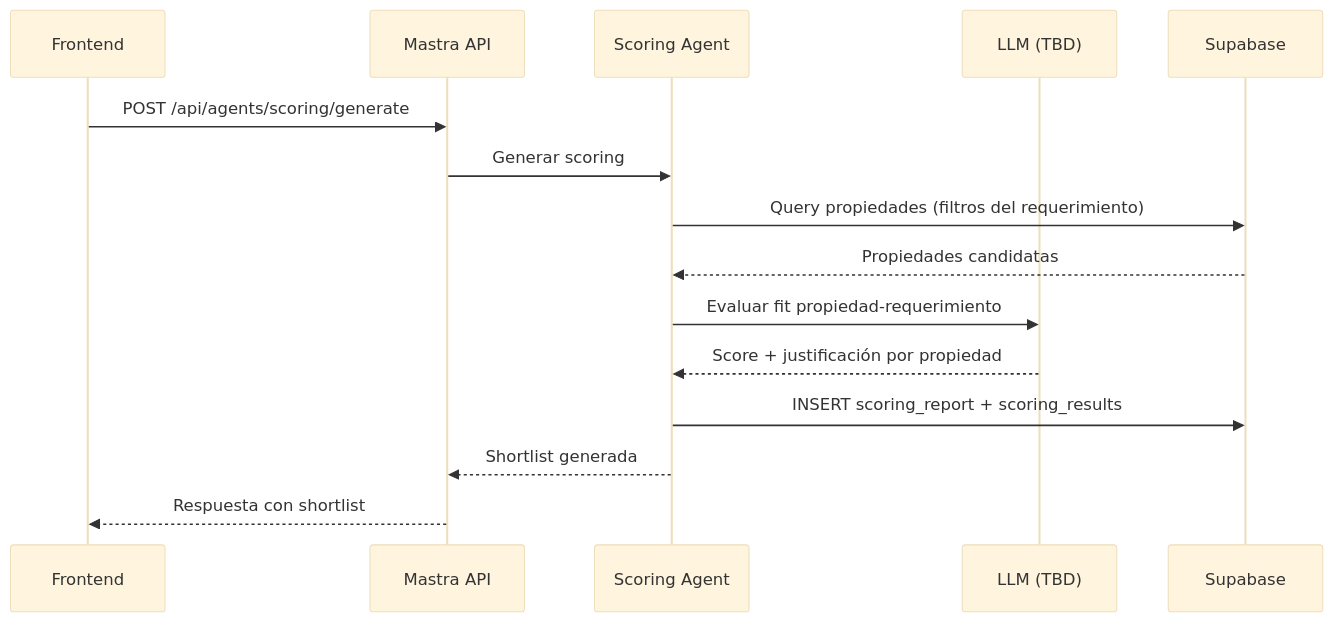
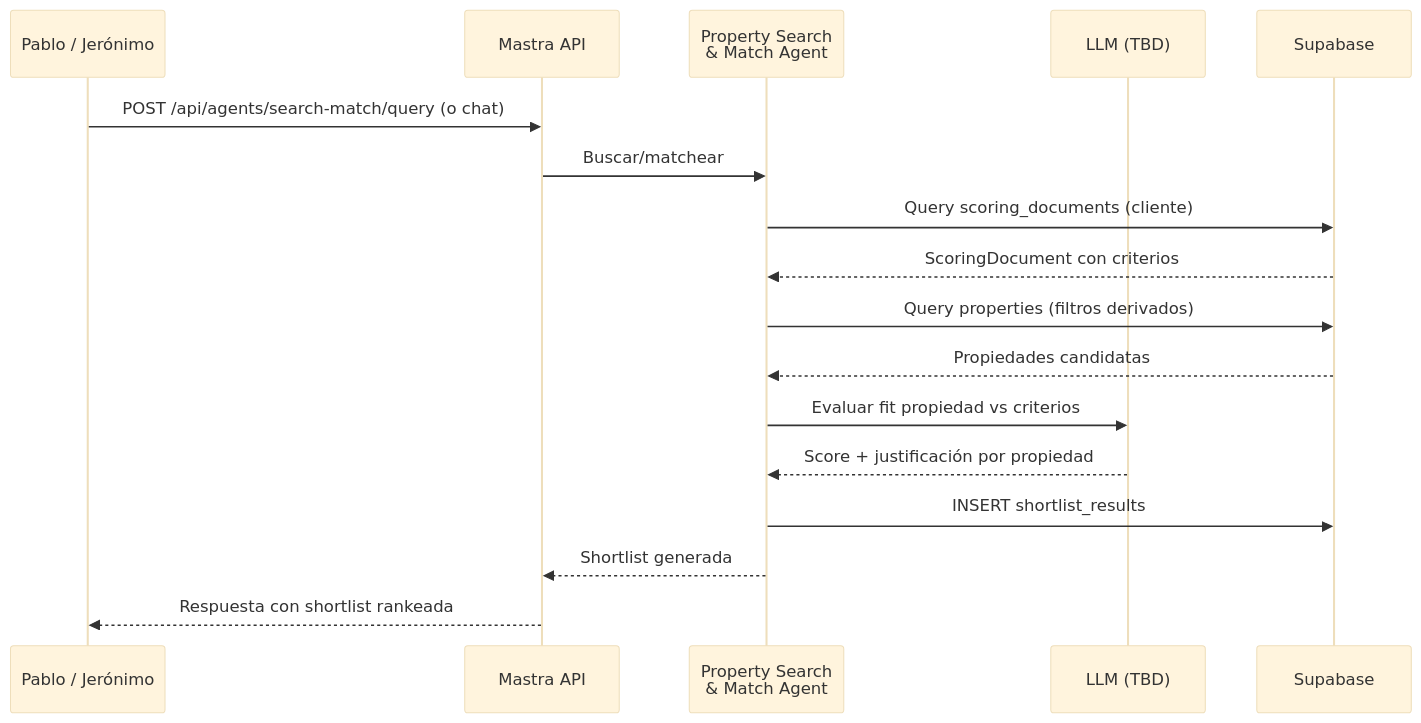
The fifth of 6 diagrams in 02-Architecture/System-Architecture.md (pablo-beiqa/beiqa-real-estate-platform), drawn with Mermaid (base theme) before and after one commit. The commit also changed other lines of this file and 18 other files, not shown here.

First line of the commit message:
docs(ai-brain): reestructurar módulo completo — 7 agentes, 3 tiers, 160+ criterios de scoring

````diff
--- a/02-Architecture/System-Architecture.md
+++ b/02-Architecture/System-Architecture.md
@@ -358,18 +362,20 @@
 ```mermaid
 sequenceDiagram
-    participant FE as Frontend
+    participant User as Pablo / Jerónimo
     participant Mastra as Mastra API
-    participant SA as Scoring Agent
+    participant PSM as Property Search<br/>& Match Agent
     participant LLM as LLM (TBD)
     participant Supabase
 
-    FE->>Mastra: POST /api/agents/scoring/generate
-    Mastra->>SA: Generar scoring
-    SA->>Supabase: Query propiedades (filtros del requerimiento)
-    Supabase-->>SA: Propiedades candidatas
-    SA->>LLM: Evaluar fit propiedad-requerimiento
-    LLM-->>SA: Score + justificación por propiedad
-    SA->>Supabase: INSERT scoring_report + scoring_results
-    SA-->>Mastra: Shortlist generada
-    Mastra-->>FE: Respuesta con shortlist
+    User->>Mastra: POST /api/agents/search-match/query (o chat)
+    Mastra->>PSM: Buscar/matchear
+    PSM->>Supabase: Query scoring_documents (cliente)
+    Supabase-->>PSM: ScoringDocument con criterios
+    PSM->>Supabase: Query properties (filtros derivados)
+    Supabase-->>PSM: Propiedades candidatas
+    PSM->>LLM: Evaluar fit propiedad vs criterios
+    LLM-->>PSM: Score + justificación por propiedad
+    PSM->>Supabase: INSERT shortlist_results
+    PSM-->>Mastra: Shortlist generada
+    Mastra-->>User: Respuesta con shortlist rankeada
 ```
````
